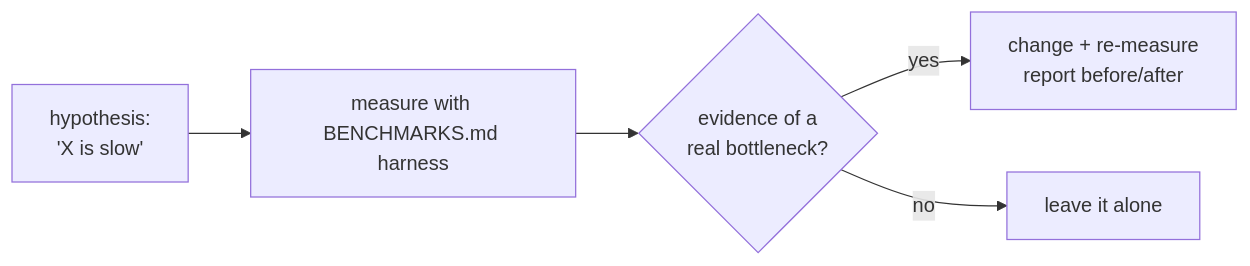
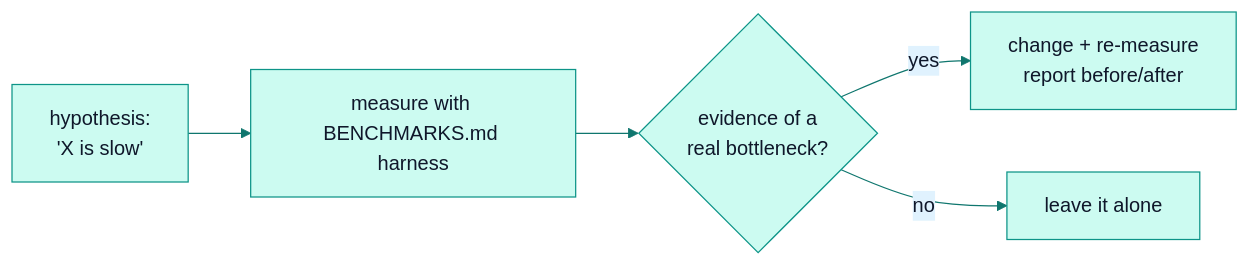
Before and after one commit to PawanSikawat/faucet-stream: the diagram in docs/contributing/performance.md, drawn with Mermaid. The commit also changed 28 other files, not shown here.

First line of the commit message:
docs: brand all GitHub-viewed Mermaid diagrams with the faucet teal theme

````diff
--- a/docs/contributing/performance.md
+++ b/docs/contributing/performance.md
@@ -47,7 +47,8 @@
 ```mermaid
+%%{init: {'theme':'base','themeVariables':{'primaryColor':'#ccfbf1','primaryTextColor':'#0f172a','primaryBorderColor':'#0d9488','lineColor':'#0f766e','secondaryColor':'#e0f2fe','tertiaryColor':'#f0fdfa','fontFamily':'-apple-system,BlinkMacSystemFont,Segoe UI,sans-serif'}}}%%
 flowchart LR
     A["hypothesis:<br/>'X is slow'"] --> B["measure with BENCHMARKS.md harness"]
     B --> C{evidence of a<br/>real bottleneck?}
     C -- yes --> D["change + re-measure<br/>report before/after"]
     C -- no --> E["leave it alone"]
 ```
````
